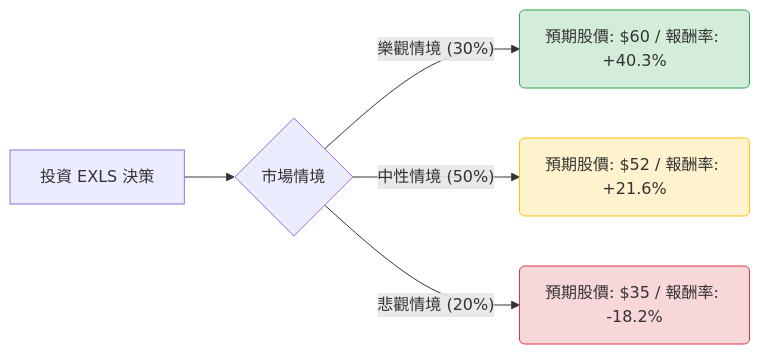
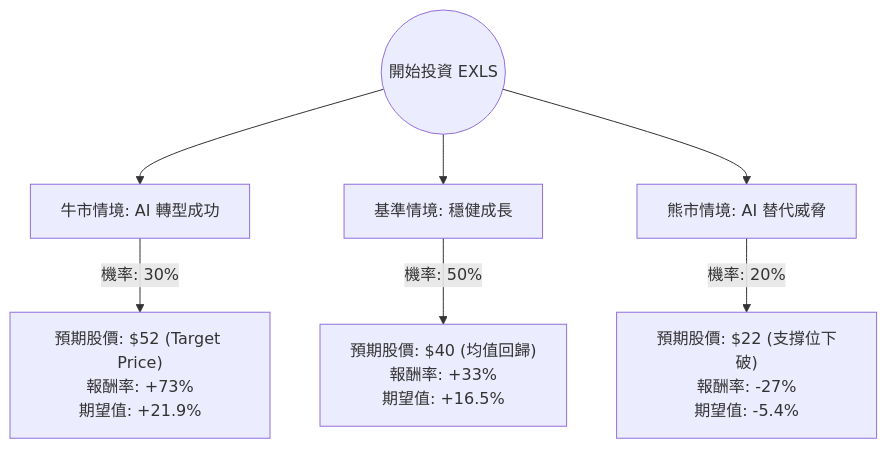
Before and after one commit to zmcx16/zmcx16.github.io: the diagram in plugin-react/ai-analysis/ev-analysis/EXLS.md, drawn with Mermaid. The commit also changed other lines of this file and 79 other files, not shown here.

````diff
--- a/plugin-react/ai-analysis/ev-analysis/EXLS.md
+++ b/plugin-react/ai-analysis/ev-analysis/EXLS.md
@@ -19,12 +21,10 @@
 ```mermaid
-graph LR
-    A[投資 EXLS 決策] --> B{市場情境}
-    
-    B -- 樂觀情境 (30%) --> C(預期股價: $60 / 報酬率: +40.3%)
-    B -- 中性情境 (50%) --> D(預期股價: $52 / 報酬率: +21.6%)
-    B -- 悲觀情境 (20%) --> E(預期股價: $35 / 報酬率: -18.2%)
+graph TD
+    Start((開始投資 EXLS)) --> Bull[牛市情境: AI 轉型成功]
+    Start --> Base[基準情境: 穩健成長]
+    Start --> Bear[熊市情境: AI 替代威脅]
 
-    style C fill:#d4edda,stroke:#28a745
-    style D fill:#fff3cd,stroke:#ffc107
-    style E fill:#f8d7da,stroke:#dc3545
+    Bull -- "機率: 30%" --> BullVal["預期股價: $52 (Target Price)<br/>報酬率: +73%<br/>期望值: +21.9%"]
+    Base -- "機率: 50%" --> BaseVal["預期股價: $40 (均值回歸)<br/>報酬率: +33%<br/>期望值: +16.5%"]
+    Bear -- "機率: 20%" --> BearVal["預期股價: $22 (支撐位下破)<br/>報酬率: -27%<br/>期望值: -5.4%"]
 ```
````
